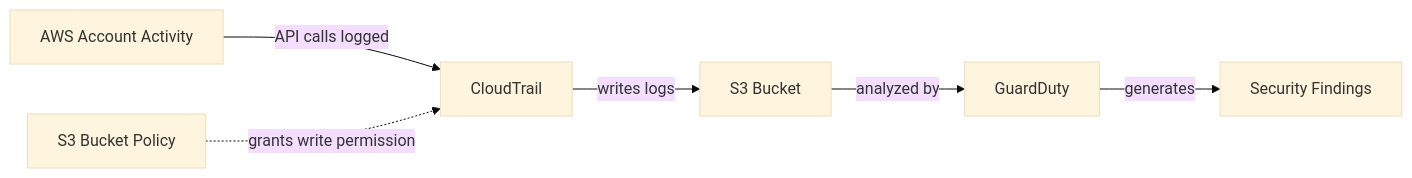
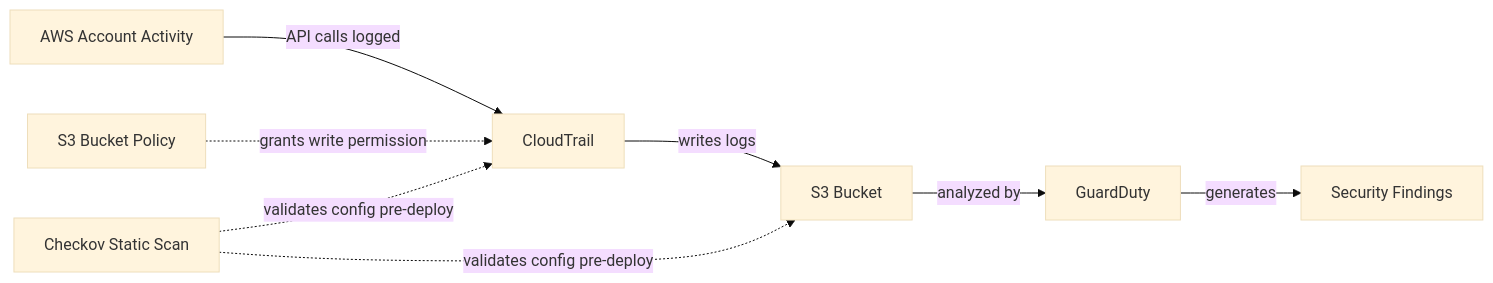
Before and after one commit to tadiwah-alt/cloud-siem-detection-lab: the diagram in README.md, drawn with Mermaid (base theme). The commit also changed other lines of this file, not shown here.

Commit message:
Document Checkov integration and risk-acceptance reasoning

````diff
--- a/README.md
+++ b/README.md
@@ -11,9 +13,11 @@
 ```mermaid
 flowchart LR
     A[AWS Account Activity] -->|API calls logged| B[CloudTrail]
     B -->|writes logs| C[S3 Bucket]
     C -->|analyzed by| D[GuardDuty]
     D -->|generates| E[Security Findings]
 
     F[S3 Bucket Policy] -.->|grants write permission| B
+    G[Checkov Static Scan] -.->|validates config pre-deploy| C
+    G -.->|validates config pre-deploy| B
 ```
````
